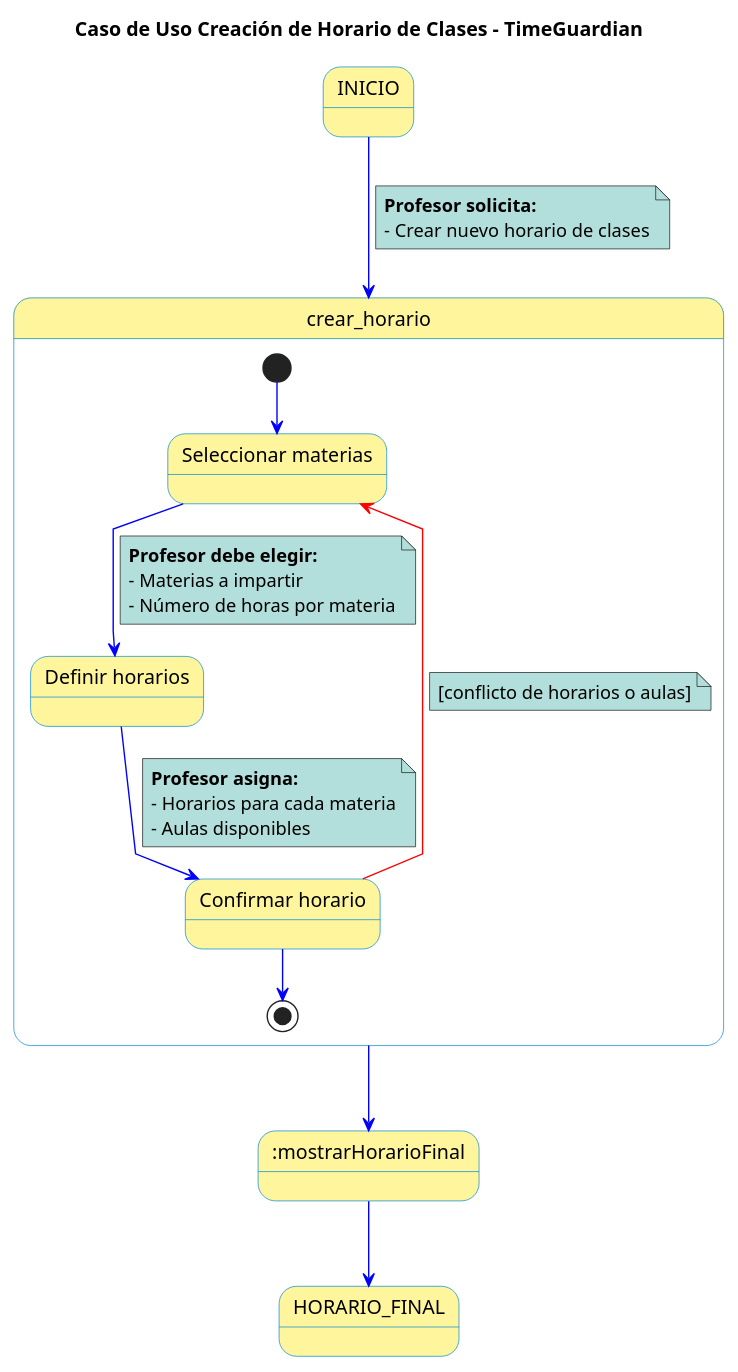
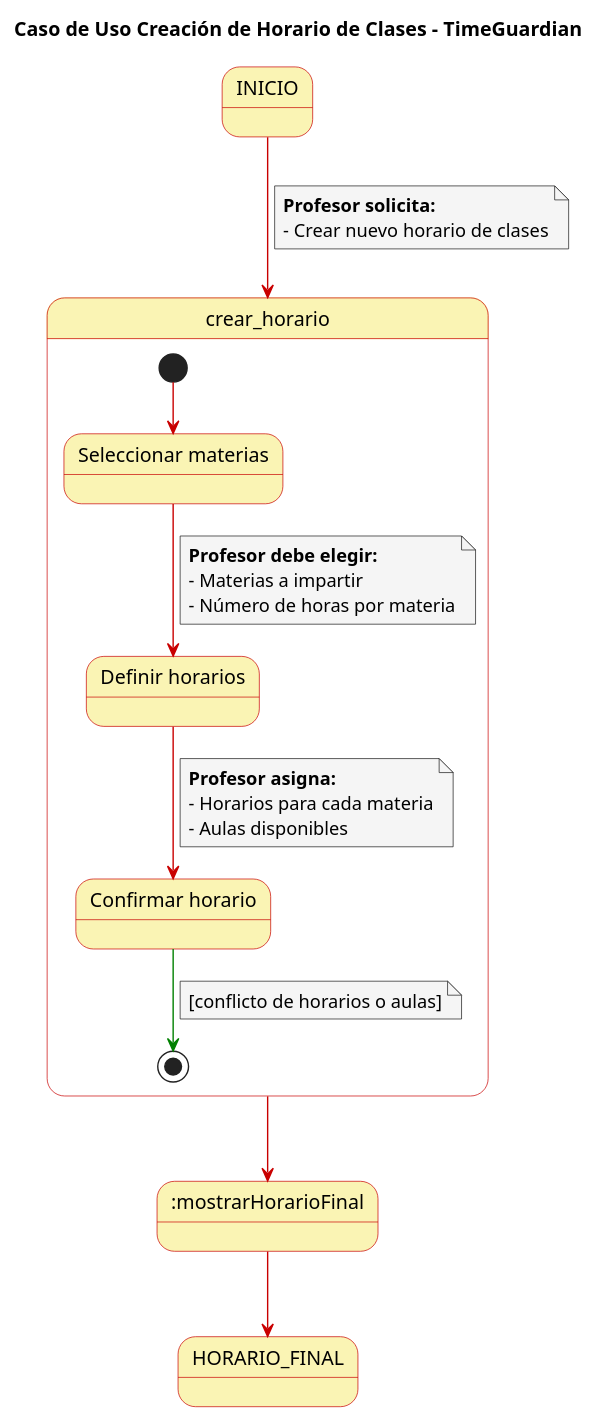
The diagram in Casos de Uso/Detalles Creación de horario de clases.puml (FernandoWilliam26/23-24-IdSw1-SDR), drawn with PlantUML before and after one commit. The commit also changed 1 other file, not shown here.

```diff
--- a/Casos de Uso/Detalles Creación de horario de clases.puml
+++ b/Casos de Uso/Detalles Creación de horario de clases.puml
@@ -1,51 +1,50 @@
 @startuml
 
 skinparam state {
-  BackgroundColor #fff59d
-  BorderColor #0288d1
+  BackgroundColor #faf4b4
+  BorderColor #c90000
 }
 
 skinparam note {
-  BackgroundColor #b2dfdb
+  BackgroundColor #f5f5f5
 }
 
 skinparam linetype polyline
 
 title Caso de Uso Creación de Horario de Clases - TimeGuardian
 
-INICIO -[#blue]-> crear_horario 
+INICIO -[#c90000]-> crear_horario
 note on link
   **Profesor solicita:**
   - Crear nuevo horario de clases
 end note
 
 state crear_horario {
   state "Seleccionar materias" as A
   state "Definir horarios" as B
   state "Confirmar horario" as C
-  
-  [*] -[#blue]-> A
-  A -[#blue]-> B
+
+  [*] -[#c90000]-> A
+  A -[#c90000]-> B
   note on link
       **Profesor debe elegir:**
       - Materias a impartir
       - Número de horas por materia
   end note
-  B -[#blue]-> C
+  B -[#c90000]-> C
   note on link
     **Profesor asigna:**
     - Horarios para cada materia
     - Aulas disponibles
   end note
-  C -[#red]-> A
+  C -[#green]-> [*]
   note on link
     [conflicto de horarios o aulas]
   end note
-  C -[#blue]-> [*]
 }
 
-crear_horario -[#blue]-> :mostrarHorarioFinal
+crear_horario -[#c90000]-> :mostrarHorarioFinal
 
-:mostrarHorarioFinal -[#blue]-> HORARIO_FINAL
+:mostrarHorarioFinal -[#c90000]-> HORARIO_FINAL
 
 @enduml
```
